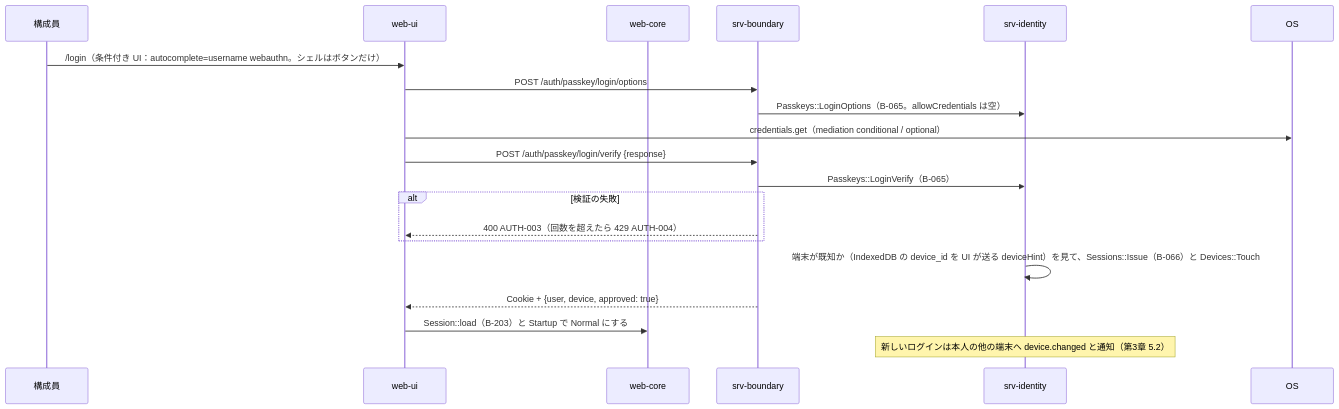
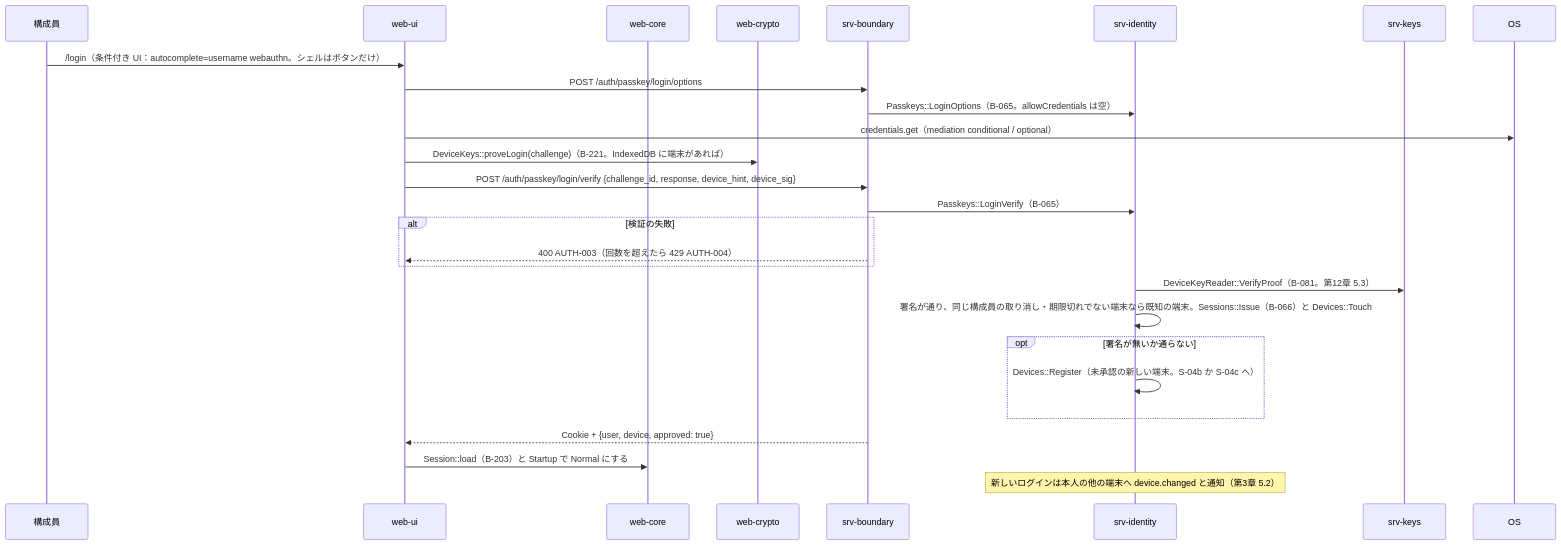
Before and after one commit to nrsd-ishikawasou/family-talk-pwa: the first of 4 diagrams in dev/docs/jp/シーケンス/04_ログインと端末.md, drawn with Mermaid. The commit also changed 52 other files, not shown here.

````diff
--- a/dev/docs/jp/シーケンス/04_ログインと端末.md
+++ b/dev/docs/jp/シーケンス/04_ログインと端末.md
@@ -17,21 +17,28 @@
 ```mermaid
 sequenceDiagram
   participant U as 構成員
   participant UI as web-ui
   participant WC as web-core
+  participant WX as web-crypto
   participant BD as srv-boundary
   participant ID as srv-identity
+  participant KY as srv-keys
   U->>UI: /login（条件付き UI：autocomplete=username webauthn。シェルはボタンだけ）
   UI->>BD: POST /auth/passkey/login/options
   BD->>ID: Passkeys::LoginOptions（B-065。allowCredentials は空）
   UI->>OS: credentials.get（mediation conditional / optional）
-  UI->>BD: POST /auth/passkey/login/verify {response}
+  UI->>WX: DeviceKeys::proveLogin(challenge)（B-221。IndexedDB に端末があれば）
+  UI->>BD: POST /auth/passkey/login/verify {challenge_id, response, device_hint, device_sig}
   BD->>ID: Passkeys::LoginVerify（B-065）
   alt 検証の失敗
     BD-->>UI: 400 AUTH-003（回数を超えたら 429 AUTH-004）
   end
-  ID->>ID: 端末が既知か（IndexedDB の device_id を UI が送る deviceHint）を見て、Sessions::Issue（B-066）と Devices::Touch
+  ID->>KY: DeviceKeyReader::VerifyProof（B-081。第12章 5.3）
+  ID->>ID: 署名が通り、同じ構成員の取り消し・期限切れでない端末なら既知の端末。Sessions::Issue（B-066）と Devices::Touch
+  opt 署名が無いか通らない
+    ID->>ID: Devices::Register（未承認の新しい端末。S-04b か S-04c へ）
+  end
   BD-->>UI: Cookie + {user, device, approved: true}
   UI->>WC: Session::load（B-203）と Startup で Normal にする
   Note over ID: 新しいログインは本人の他の端末へ device.changed と通知（第3章 5.2）
 ```
````
